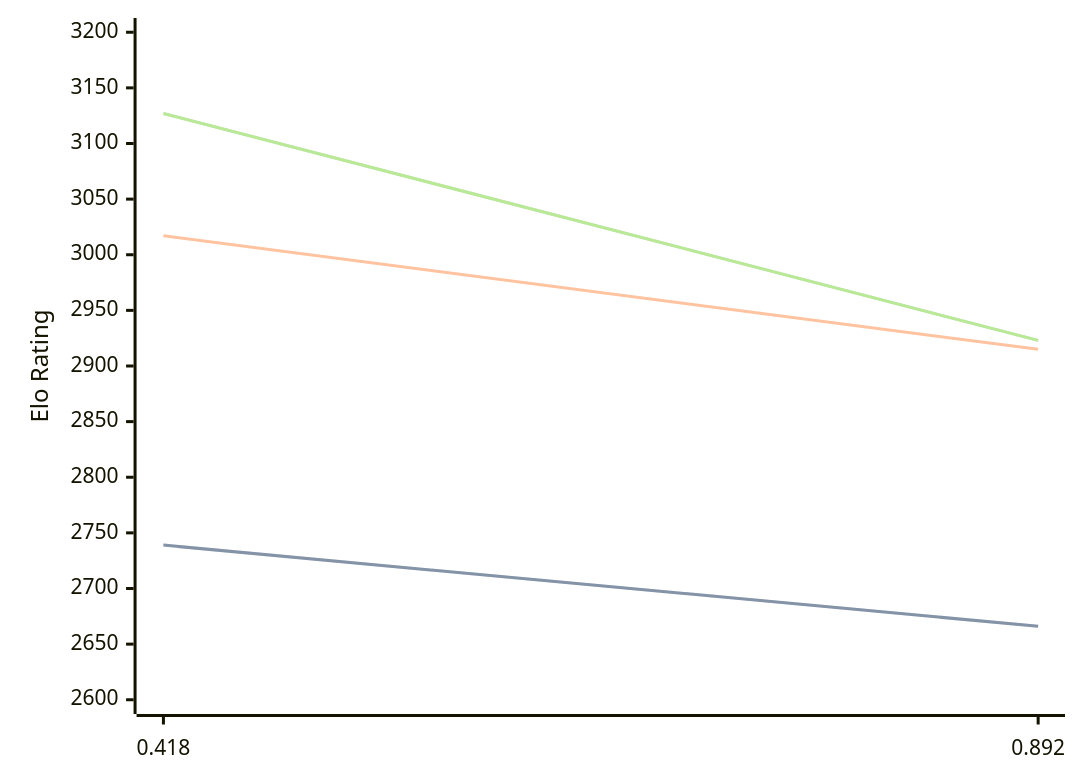
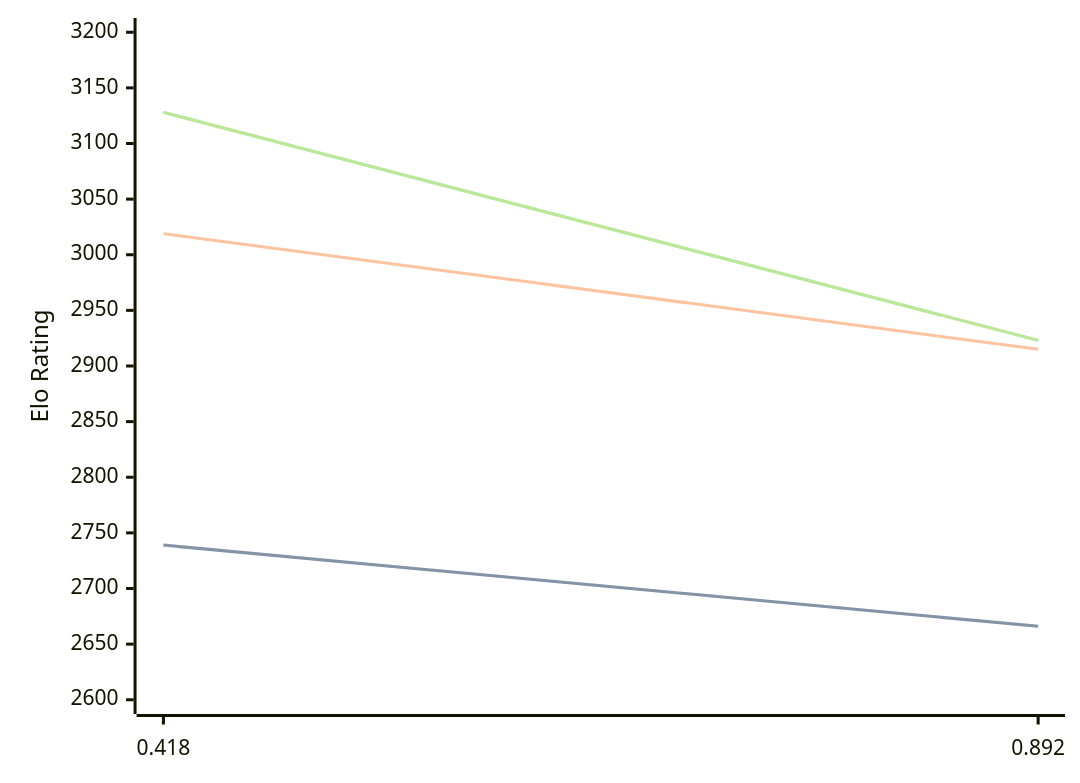
The diagram in engines/Malika.md (computer-chess-index/cci), drawn with Mermaid before and after one commit. The commit also changed other lines of this file, not shown here.

Commit message:
Update CCI Ratings (ELO VLTC) - 2026-03-26

````diff
--- a/engines/Malika.md
+++ b/engines/Malika.md
@@ -32,11 +32,11 @@
 ```mermaid
 %%{init: {"theme":"base","themeVariables":{"seriesColors:['#a3a3a3','#222221','#faa371']}}}%%
 xychart-beta
   x-axis ["0.418", "0.892"]
   y-axis "Elo Rating" 2600 --> 3200
   line "STC (8.0+0.08s)" [2739, 2666]
   line "STC (8.0+0.08s)" [2739, 2666]
-  line "LTC (60.0+0.60s)" [3017, 2915]
-  line "VLTC (2m24s+1.12s)" [3127, 2923]
-  line "VLTC (2m24s+1.12s)" [3127, 2923]
+  line "LTC (60.0+0.60s)" [3019, 2915]
+  line "VLTC (2m24s+1.12s)" [3128, 2923]
+  line "VLTC (2m24s+1.12s)" [3128, 2923]
 ```
````
